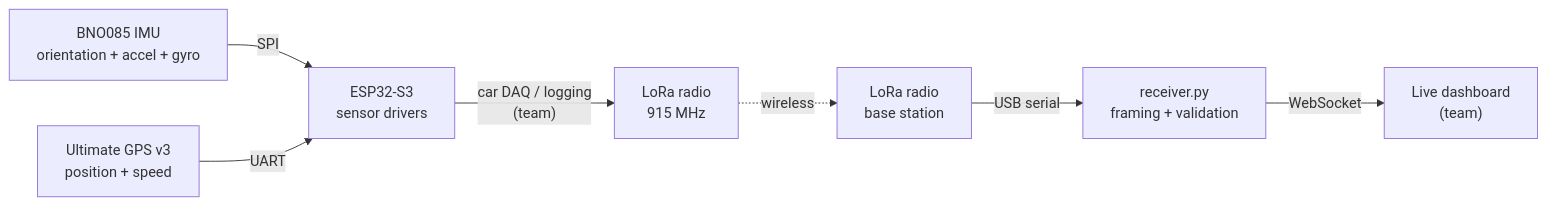
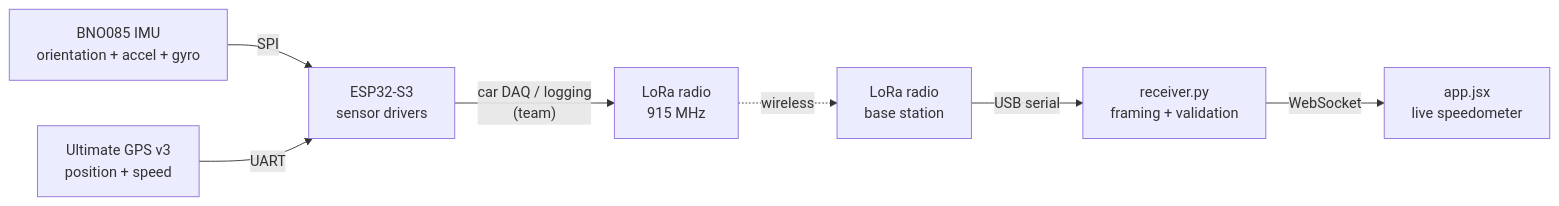
One commit to nirav1011/M25baja-daq-telemetry changed the diagram in README.md. Above: the diagram before and after it, drawn with Mermaid. The commit also changed other lines of this file, not shown here.

Commit message:
README: document live speedometer dashboard (app.jsx)

````diff
--- a/README.md
+++ b/README.md
@@ -23,9 +24,9 @@
 ```mermaid
 flowchart LR
     IMU["BNO085 IMU<br/>orientation + accel + gyro"] -- SPI --> MCU["ESP32-S3<br/>sensor drivers"]
     GPS["Ultimate GPS v3<br/>position + speed"] -- UART --> MCU
     MCU -- "car DAQ / logging<br/>(team)" --> TX["LoRa radio<br/>915 MHz"]
     TX -. wireless .-> RX["LoRa radio<br/>base station"]
     RX -- USB serial --> REC["receiver.py<br/>framing + validation"]
-    REC -- WebSocket --> DASH["Live dashboard<br/>(team)"]
+    REC -- WebSocket --> DASH["app.jsx<br/>live speedometer"]
 ```
````
